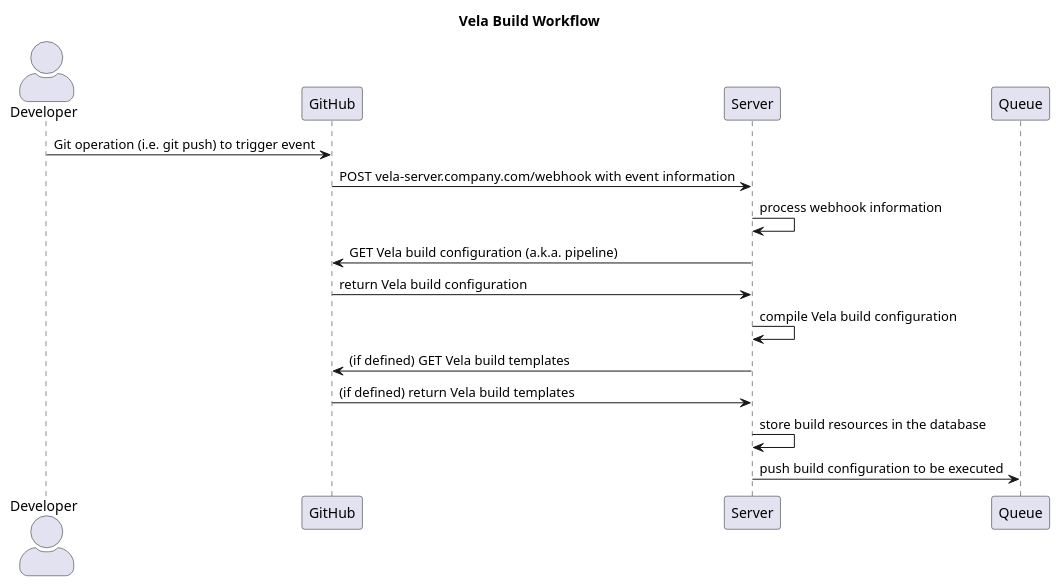
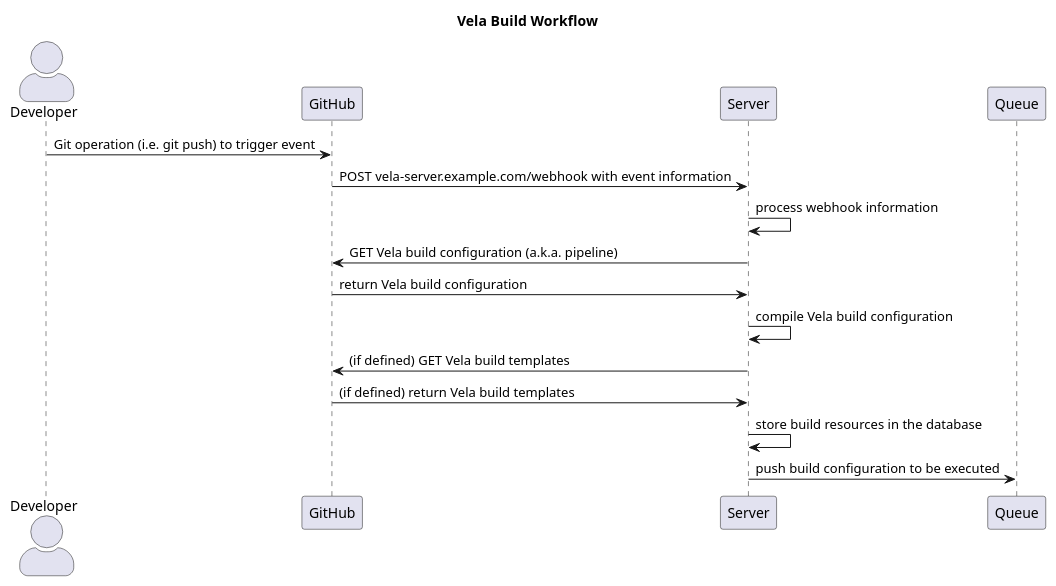
The diagram in content/administration/server/build_workflow.puml (jbrockopp/docs), drawn with PlantUML before and after one commit. The commit also changed 16 other files, not shown here.

Commit message:
chore: update company.com -> example.com per feedback

```diff
--- a/content/administration/server/build_workflow.puml
+++ b/content/administration/server/build_workflow.puml
@@ -1,23 +1,23 @@
 @startuml
 
 title Vela Build Workflow
 
 skinparam actorStyle awesome
 actor "Developer" as Developer
 
 participant "GitHub" as Github
 participant "Server" as Server
 participant "Queue" as Queue
 
 Developer -> Github : Git operation (i.e. git push) to trigger event
-Github -> Server : POST vela-server.company.com/webhook with event information
+Github -> Server : POST vela-server.example.com/webhook with event information
 Server -> Server : process webhook information
 Server -> Github : GET Vela build configuration (a.k.a. pipeline)
 Github -> Server : return Vela build configuration
 Server -> Server : compile Vela build configuration
 Server -> Github : (if defined) GET Vela build templates
 Github -> Server : (if defined) return Vela build templates
 Server -> Server : store build resources in the database
 Server -> Queue : push build configuration to be executed
 
 @enduml
```
